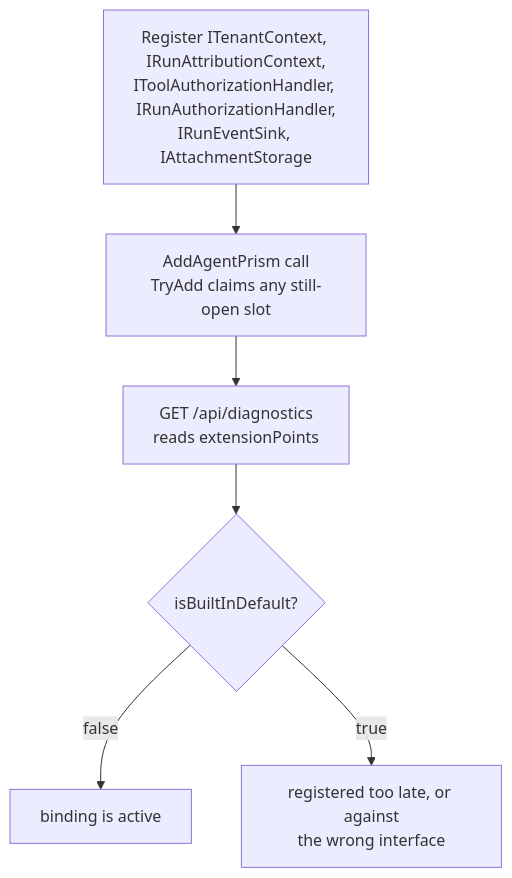
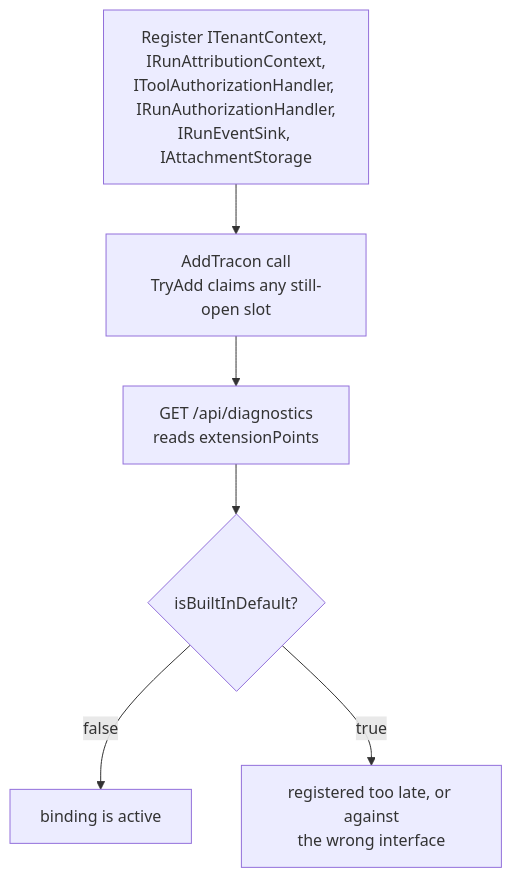
One commit to farukatasoy/Tracon changed the diagram in docs-site/src/content/docs/guides/embedding.md. Above: the diagram before and after it, drawn with Mermaid. The commit also changed other lines of this file and 4535 other files, not shown here.

````diff
--- a/docs-site/src/content/docs/guides/embedding.md
+++ b/docs-site/src/content/docs/guides/embedding.md
@@ -401,10 +401,10 @@
 ```mermaid
 flowchart TD
     accTitle: Binding and verification order
-    accDescr: Register the six implementations, then call AddAgentPrism so TryAdd claims whatever is still unbound, then read the diagnostics endpoint to confirm each binding actually took.
-    A["Register ITenantContext, IRunAttributionContext,<br/>IToolAuthorizationHandler, IRunAuthorizationHandler,<br/>IRunEventSink, IAttachmentStorage"] --> B["AddAgentPrism call<br/>TryAdd claims any still-open slot"]
+    accDescr: Register the six implementations, then call AddTracon so TryAdd claims whatever is still unbound, then read the diagnostics endpoint to confirm each binding actually took.
+    A["Register ITenantContext, IRunAttributionContext,<br/>IToolAuthorizationHandler, IRunAuthorizationHandler,<br/>IRunEventSink, IAttachmentStorage"] --> B["AddTracon call<br/>TryAdd claims any still-open slot"]
     B --> C["GET /api/diagnostics<br/>reads extensionPoints"]
     C --> D{"isBuiltInDefault?"}
     D -->|false| E["binding is active"]
     D -->|true| F["registered too late, or against<br/>the wrong interface"]
 ```
````
